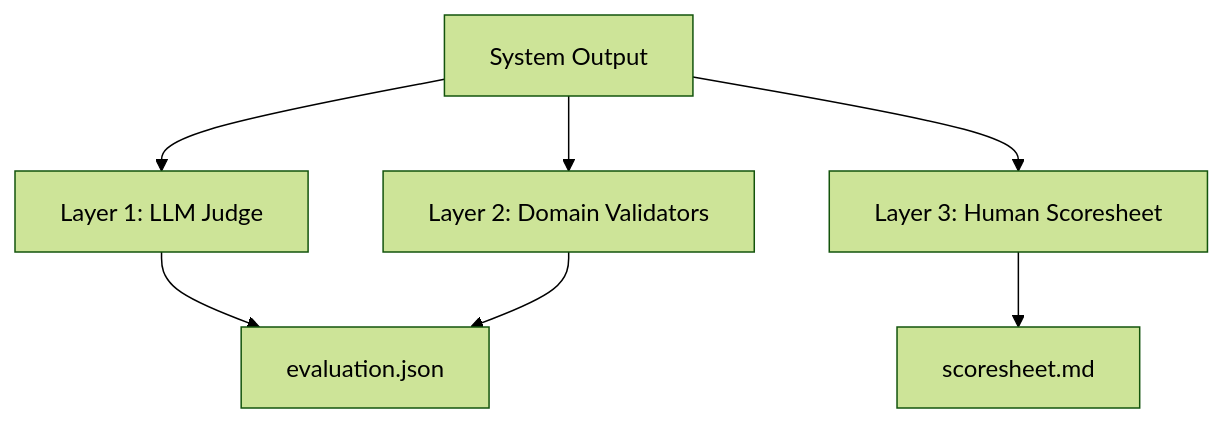
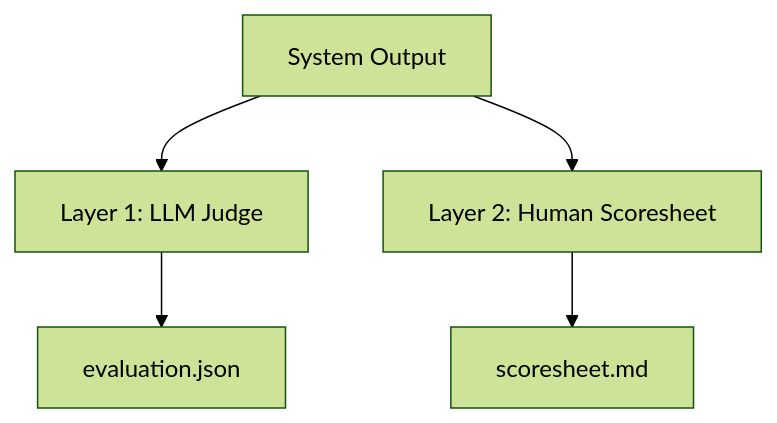
The diagram in docs/evaluation/overview.md (March-08/DiCWO), drawn with Mermaid (forest theme) before and after one commit. The commit also changed other lines of this file and 26 other files, not shown here.

First line of the commit message:
Remove domain validators, fix UI trembling, add result deletion

````diff
--- a/docs/evaluation/overview.md
+++ b/docs/evaluation/overview.md
@@ -5,9 +5,7 @@
 ```mermaid
 graph TD
     S[System Output] --> J[Layer 1: LLM Judge]
-    S --> V[Layer 2: Domain Validators]
-    S --> H[Layer 3: Human Scoresheet]
+    S --> H[Layer 2: Human Scoresheet]
     J --> E[evaluation.json]
-    V --> E
     H --> SC[scoresheet.md]
 ```
````
